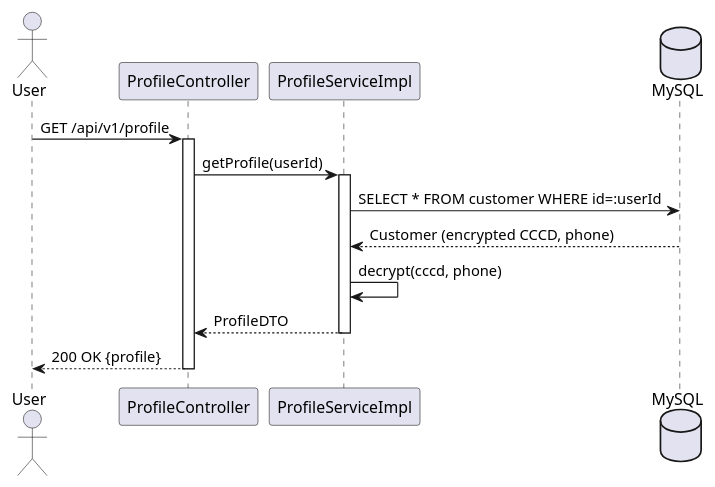
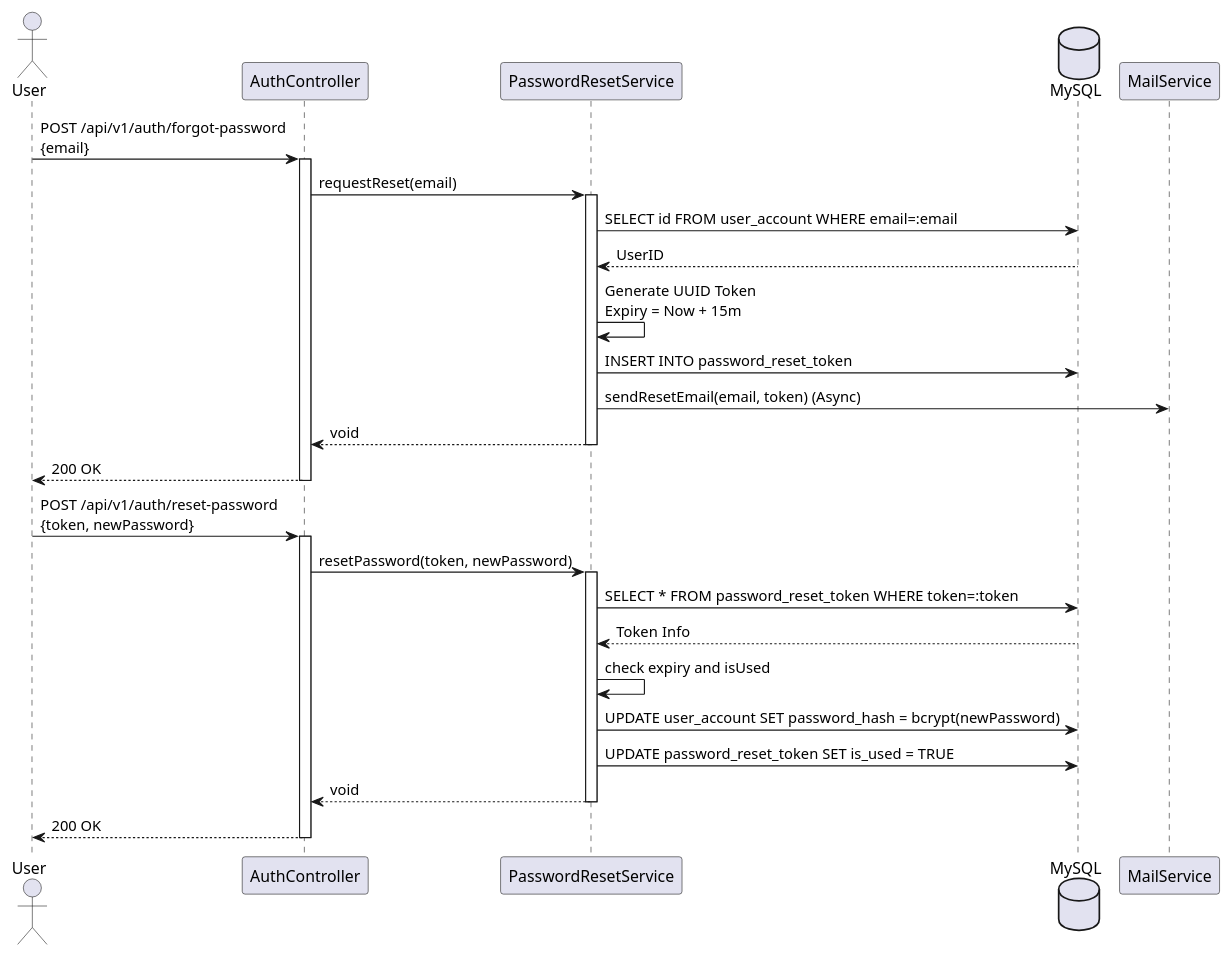
One commit to Luuxinhxinh/hoanien-resort changed the second of 3 diagrams in 06-Testing/mod1_auth/uc02/EDS_uc02_SPEC.md. Above: the diagram before and after it, drawn with PlantUML. The commit also changed other lines of this file and 81 other files, not shown here.

````diff
--- a/06-Testing/mod1_auth/uc02/EDS_uc02_SPEC.md
+++ b/06-Testing/mod1_auth/uc02/EDS_uc02_SPEC.md
@@ -133,20 +161,37 @@
 ```plantuml
 @startuml
 actor "User" as U
-participant "ProfileController" as Ctrl
-participant "ProfileServiceImpl" as Svc
+participant "AuthController" as Ctrl
+participant "PasswordResetService" as Svc
 database MySQL as DB
+participant "MailService" as Mail
 
-U -> Ctrl: GET /api/v1/profile
+U -> Ctrl: POST /api/v1/auth/forgot-password\n{email}
 activate Ctrl
-Ctrl -> Svc: getProfile(userId)
+Ctrl -> Svc: requestReset(email)
 activate Svc
-Svc -> DB: SELECT * FROM customer WHERE id=:userId
-DB --> Svc: Customer (encrypted CCCD, phone)
-Svc -> Svc: decrypt(cccd, phone)
-Svc --> Ctrl: ProfileDTO
+Svc -> DB: SELECT id FROM user_account WHERE email=:email
+DB --> Svc: UserID
+Svc -> Svc: Generate UUID Token\nExpiry = Now + 15m
+Svc -> DB: INSERT INTO password_reset_token
+Svc -> Mail: sendResetEmail(email, token) (Async)
+Svc --> Ctrl: void
 deactivate Svc
-Ctrl --> U: 200 OK {profile}
+Ctrl --> U: 200 OK
+deactivate Ctrl
+
+U -> Ctrl: POST /api/v1/auth/reset-password\n{token, newPassword}
+activate Ctrl
+Ctrl -> Svc: resetPassword(token, newPassword)
+activate Svc
+Svc -> DB: SELECT * FROM password_reset_token WHERE token=:token
+DB --> Svc: Token Info
+Svc -> Svc: check expiry and isUsed
+Svc -> DB: UPDATE user_account SET password_hash = bcrypt(newPassword)
+Svc -> DB: UPDATE password_reset_token SET is_used = TRUE
+Svc --> Ctrl: void
+deactivate Svc
+Ctrl --> U: 200 OK
 deactivate Ctrl
 @enduml
 ```
````
